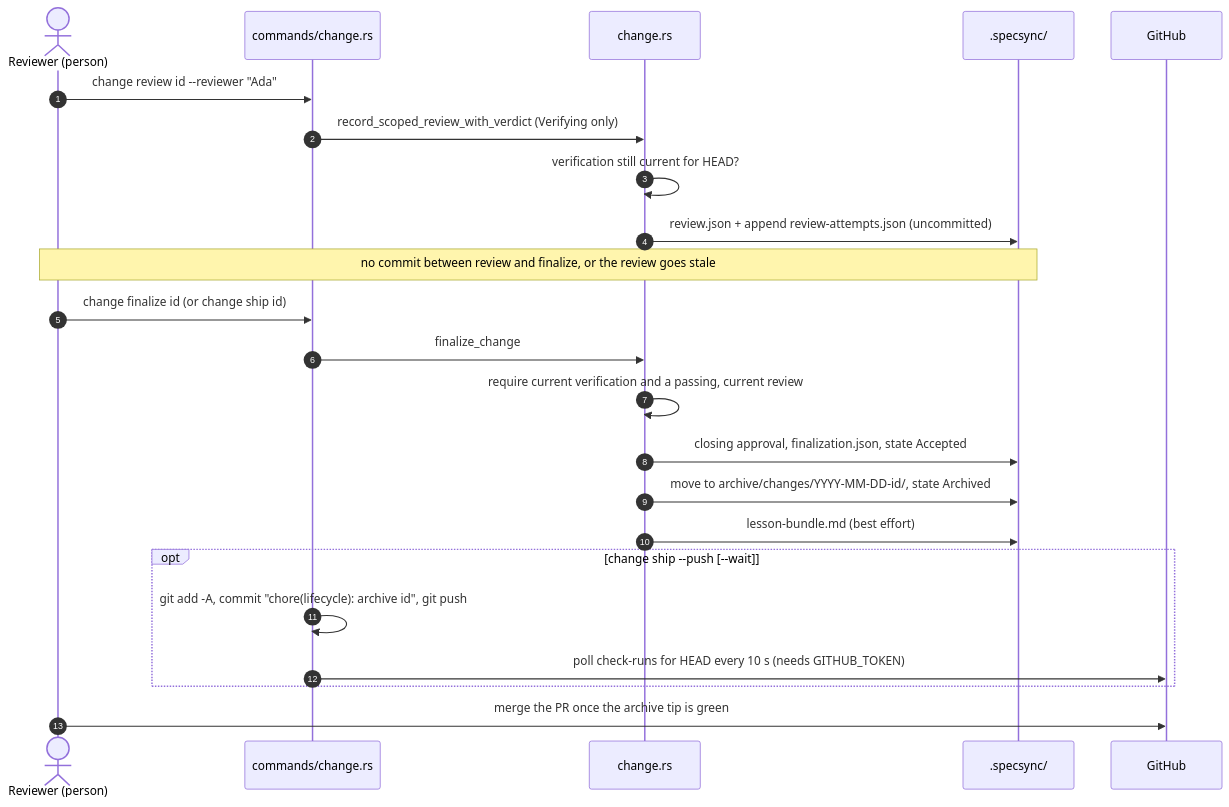
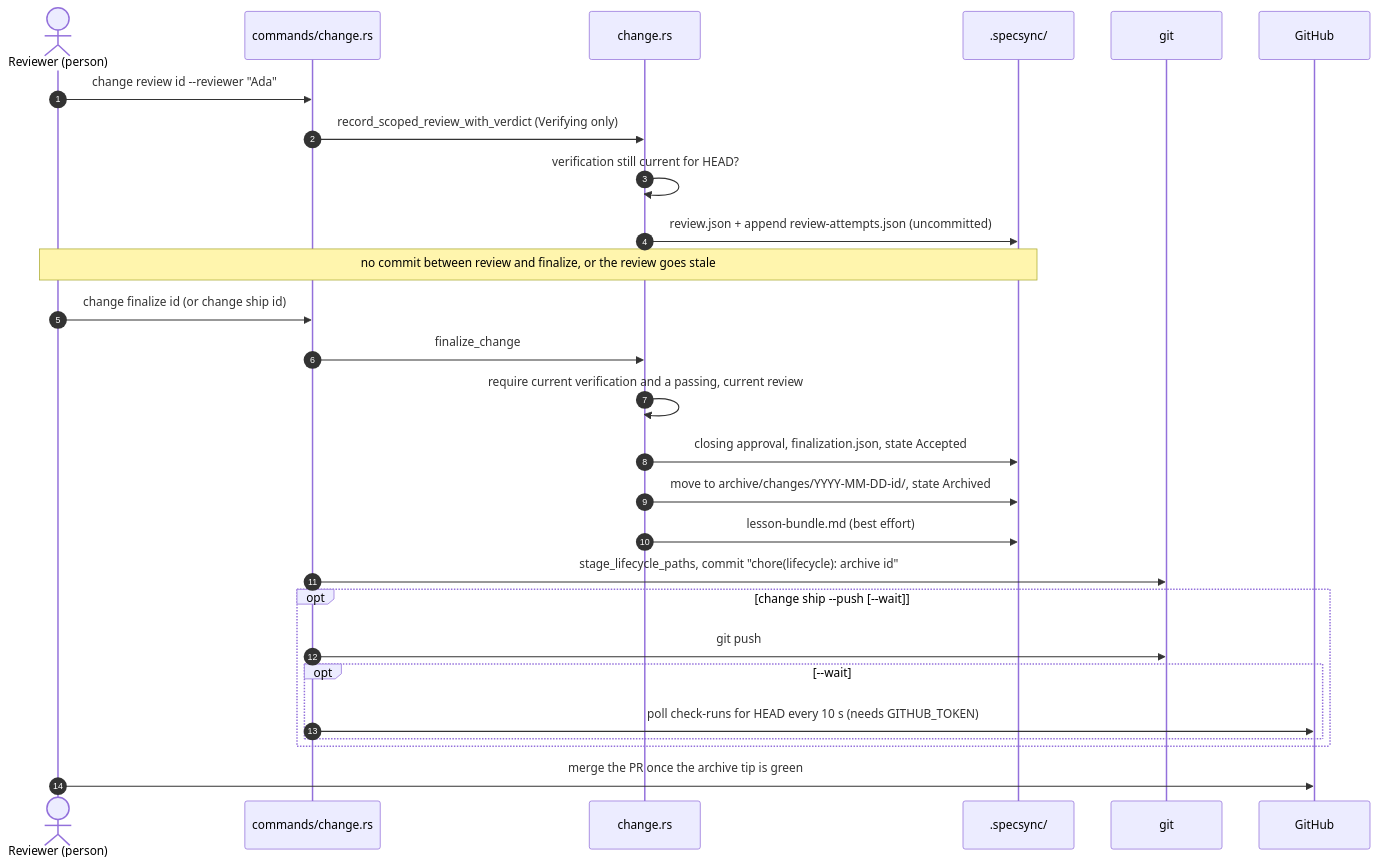
The seventh of 10 diagrams in docs/HLD.md (CorvidLabs/spec-sync), drawn with Mermaid before and after one commit. The commit also changed other lines of this file and 45 other files, not shown here.

Commit message:
docs: correct reference docs and archive-first lifecycle diagrams

````diff
--- a/docs/HLD.md
+++ b/docs/HLD.md
@@ -452,26 +460,30 @@
 ```mermaid
 sequenceDiagram
     autonumber
     actor R as Reviewer (person)
     participant CMD as commands/change.rs
     participant D as change.rs
     participant FS as .specsync/
+    participant G as git
     participant GH as GitHub
 
     R->>CMD: change review id --reviewer "Ada"
     CMD->>D: record_scoped_review_with_verdict (Verifying only)
     D->>D: verification still current for HEAD?
     D->>FS: review.json + append review-attempts.json (uncommitted)
     Note over R,FS: no commit between review and finalize, or the review goes stale
     R->>CMD: change finalize id (or change ship id)
     CMD->>D: finalize_change
     D->>D: require current verification and a passing, current review
     D->>FS: closing approval, finalization.json, state Accepted
     D->>FS: move to archive/changes/YYYY-MM-DD-id/, state Archived
     D->>FS: lesson-bundle.md (best effort)
+    CMD->>G: stage_lifecycle_paths, commit "chore(lifecycle): archive id"
     opt change ship --push [--wait]
-        CMD->>CMD: git add -A, commit "chore(lifecycle): archive id", git push
-        CMD->>GH: poll check-runs for HEAD every 10 s (needs GITHUB_TOKEN)
+        CMD->>G: git push
+        opt --wait
+            CMD->>GH: poll check-runs for HEAD every 10 s (needs GITHUB_TOKEN)
+        end
     end
     R->>GH: merge the PR once the archive tip is green
 ```
````
